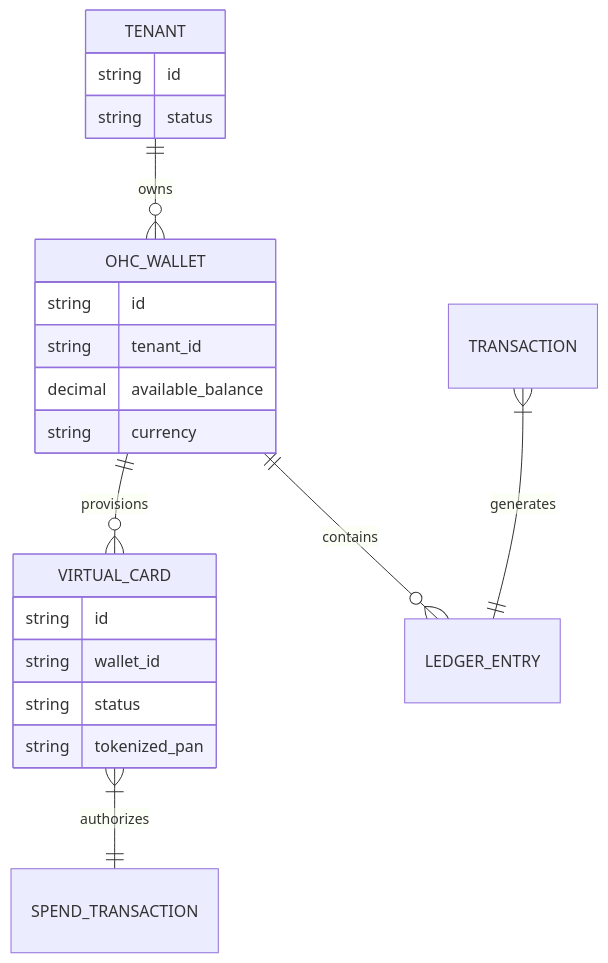
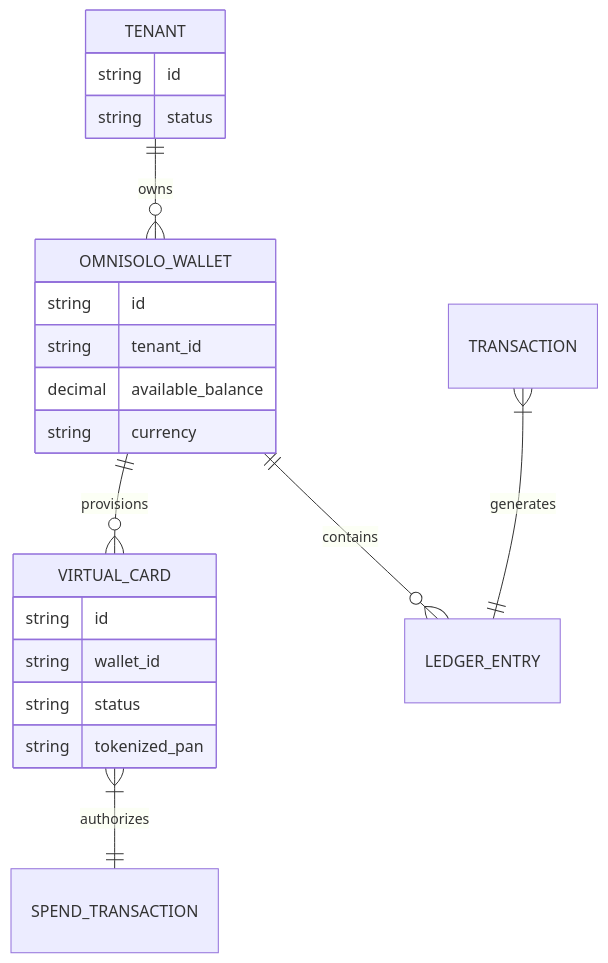
Before and after one commit to omnisolo-llc/onehumancorp: the first of 2 diagrams in docs/research/[architecture]_instant_payouts_and_virtual_card_issuing_engine.md, drawn with Mermaid. The commit also changed other lines of this file and 2191 other files, not shown here.

````diff
--- a/docs/research/[architecture]_instant_payouts_and_virtual_card_issuing_engine.md
+++ b/docs/research/[architecture]_instant_payouts_and_virtual_card_issuing_engine.md
@@ -22,25 +22,25 @@
 ```mermaid
 erDiagram
-    TENANT ||--o{ OHC_WALLET : owns
-    OHC_WALLET ||--o{ VIRTUAL_CARD : provisions
-    OHC_WALLET ||--o{ LEDGER_ENTRY : contains
+    TENANT ||--o{ OMNISOLO_WALLET : owns
+    OMNISOLO_WALLET ||--o{ VIRTUAL_CARD : provisions
+    OMNISOLO_WALLET ||--o{ LEDGER_ENTRY : contains
     TRANSACTION }|--|| LEDGER_ENTRY : generates
     VIRTUAL_CARD }|--|| SPEND_TRANSACTION : authorizes
 
     TENANT {
         string id
         string status
     }
-    OHC_WALLET {
+    OMNISOLO_WALLET {
         string id
         string tenant_id
         decimal available_balance
         string currency
     }
     VIRTUAL_CARD {
         string id
         string wallet_id
         string status
         string tokenized_pan
     }
 ```
````
